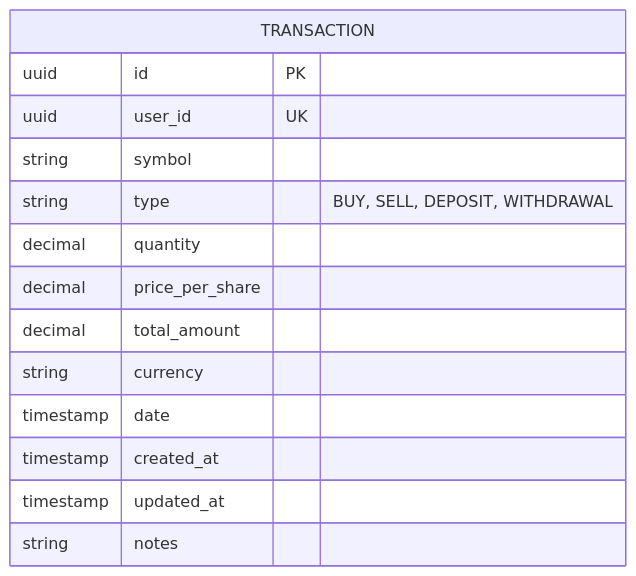
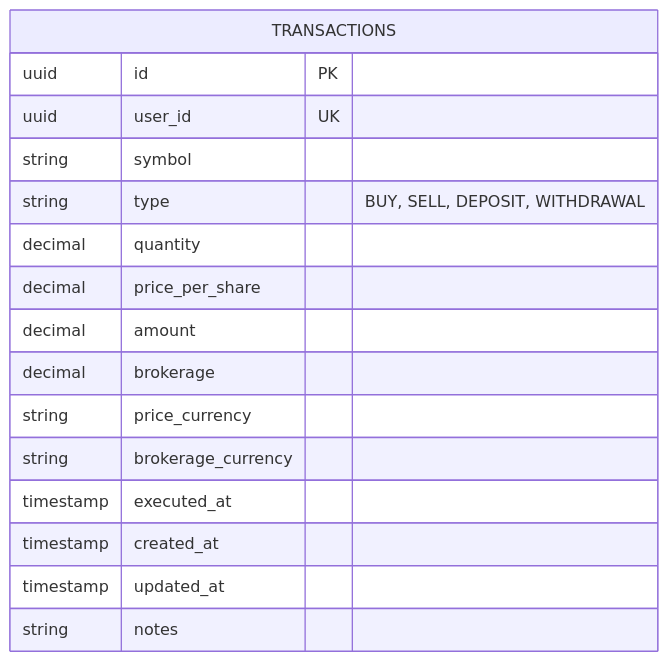
One commit to garcios/portfolio-insights changed the second of 2 diagrams in services/transaction-service/SYSTEM_DESIGN.md. Above: the diagram before and after it, drawn with Mermaid. The commit also changed other lines of this file and 3 other files, not shown here.

Commit message:
refactor: Update database schemas and external API provider in system design documents.

````diff
--- a/services/transaction-service/SYSTEM_DESIGN.md
+++ b/services/transaction-service/SYSTEM_DESIGN.md
@@ -62,17 +62,19 @@
 ```mermaid
 erDiagram
-    TRANSACTION {
+    TRANSACTIONS {
         uuid id PK
         uuid user_id UK
         string symbol
         string type "BUY, SELL, DEPOSIT, WITHDRAWAL"
         decimal quantity
         decimal price_per_share
-        decimal total_amount
-        string currency
-        timestamp date
+        decimal amount
+        decimal brokerage
+        string price_currency
+        string brokerage_currency
+        timestamp executed_at
         timestamp created_at
         timestamp updated_at
         string notes
     }
 ```
````
